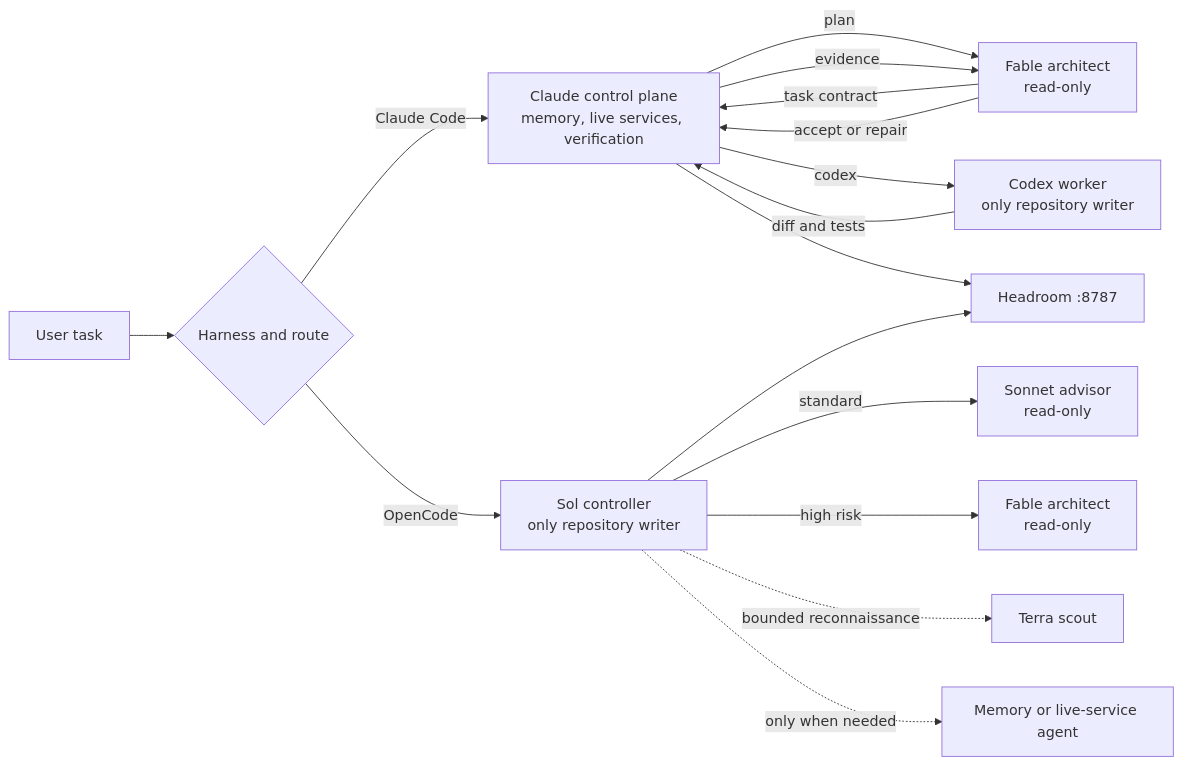
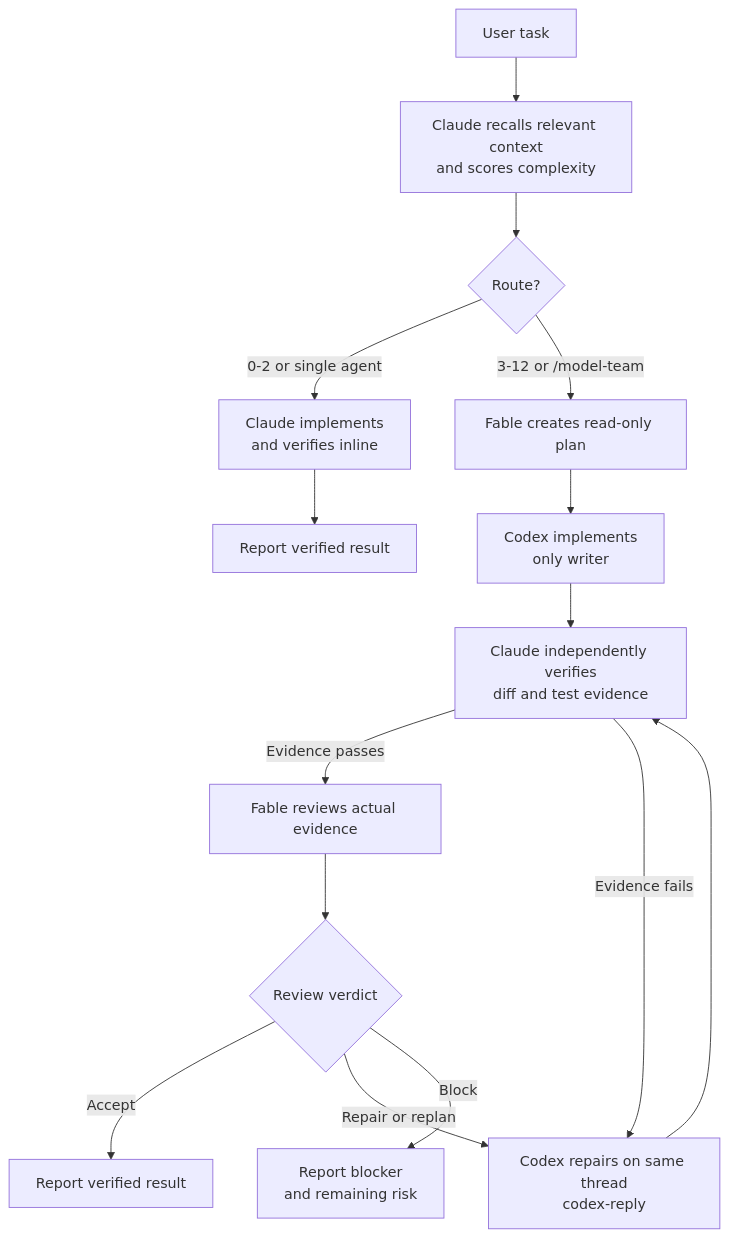
The first of 2 diagrams in README.md (arvind9981/harness-workflow), drawn with Mermaid before and after one commit. The commit also changed other lines of this file and 2 other files, not shown here.

Commit message:
docs: show actual model-team execution flows (#10)

````diff
--- a/README.md
+++ b/README.md
@@ -37,21 +44,19 @@
 ```mermaid
-flowchart LR
-    U["User task"] --> R{"Harness and route"}
+flowchart TD
+    U["User task"] --> C["Claude recalls relevant context<br/>and scores complexity"]
+    C --> R{"Route?"}
 
-    R -->|"Claude Code"| C["Claude control plane<br/>memory, live services, verification"]
-    C -->|"plan"| F["Fable architect<br/>read-only"]
-    F -->|"task contract"| C
-    C -->|"codex"| W["Codex worker<br/>only repository writer"]
-    W -->|"diff and tests"| C
-    C -->|"evidence"| F
-    F -->|"accept or repair"| C
+    R -->|"0-2 or single agent"| I["Claude implements<br/>and verifies inline"]
+    I --> DI["Report verified result"]
 
-    R -->|"OpenCode"| S["Sol controller<br/>only repository writer"]
-    S -->|"standard"| N["Sonnet advisor<br/>read-only"]
-    S -->|"high risk"| OF["Fable architect<br/>read-only"]
-    S -.->|"bounded reconnaissance"| T["Terra scout"]
-    S -.->|"only when needed"| O["Memory or live-service agent"]
-
-    C --> H["Headroom :8787"]
-    S --> H
+    R -->|"3-12 or /model-team"| P["Fable creates read-only plan"]
+    P --> W["Codex implements<br/>only writer"]
+    W --> V["Claude independently verifies<br/>diff and test evidence"]
+    V -->|"Evidence passes"| F["Fable reviews actual evidence"]
+    F --> A{"Review verdict"}
+    A -->|"Accept"| DT["Report verified result"]
+    V -->|"Evidence fails"| X["Codex repairs on same thread<br/>codex-reply"]
+    A -->|"Repair or replan"| X
+    X --> V
+    A -->|"Block"| B["Report blocker<br/>and remaining risk"]
 ```
````
